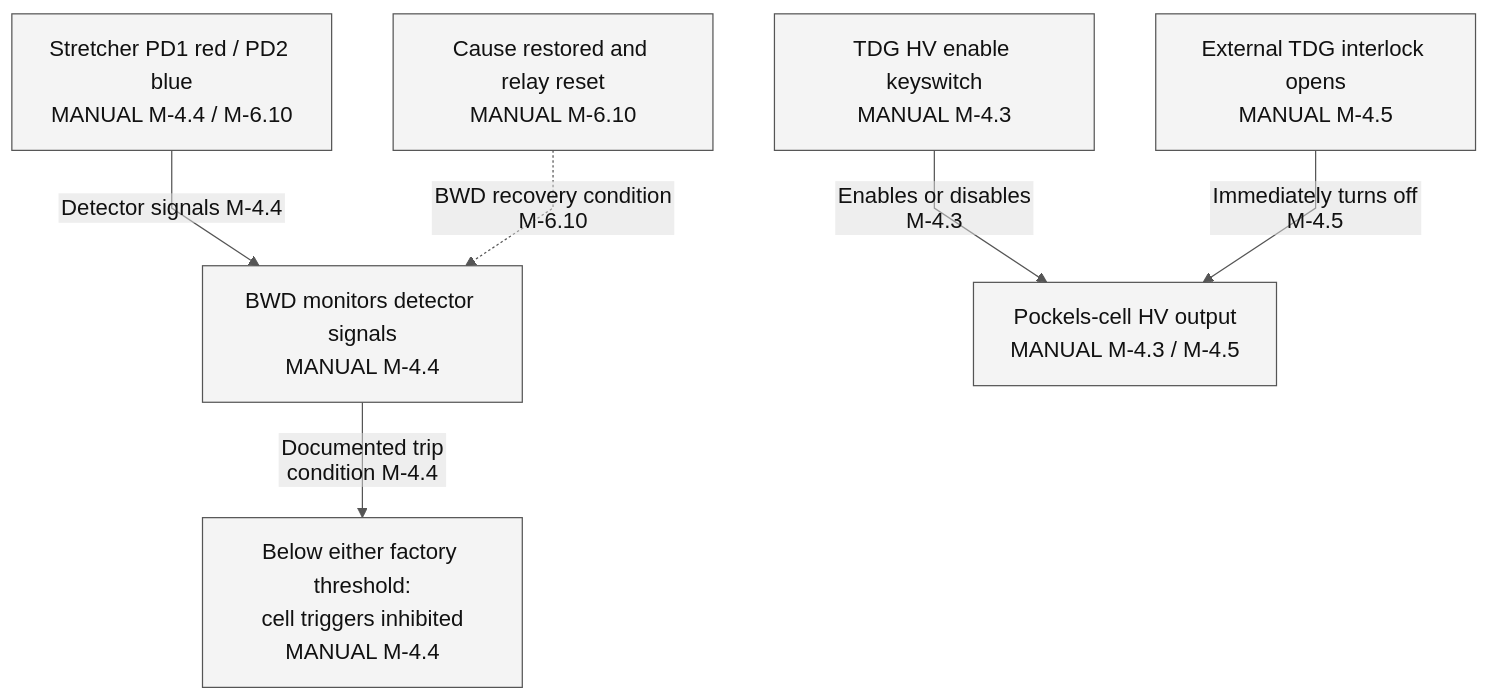
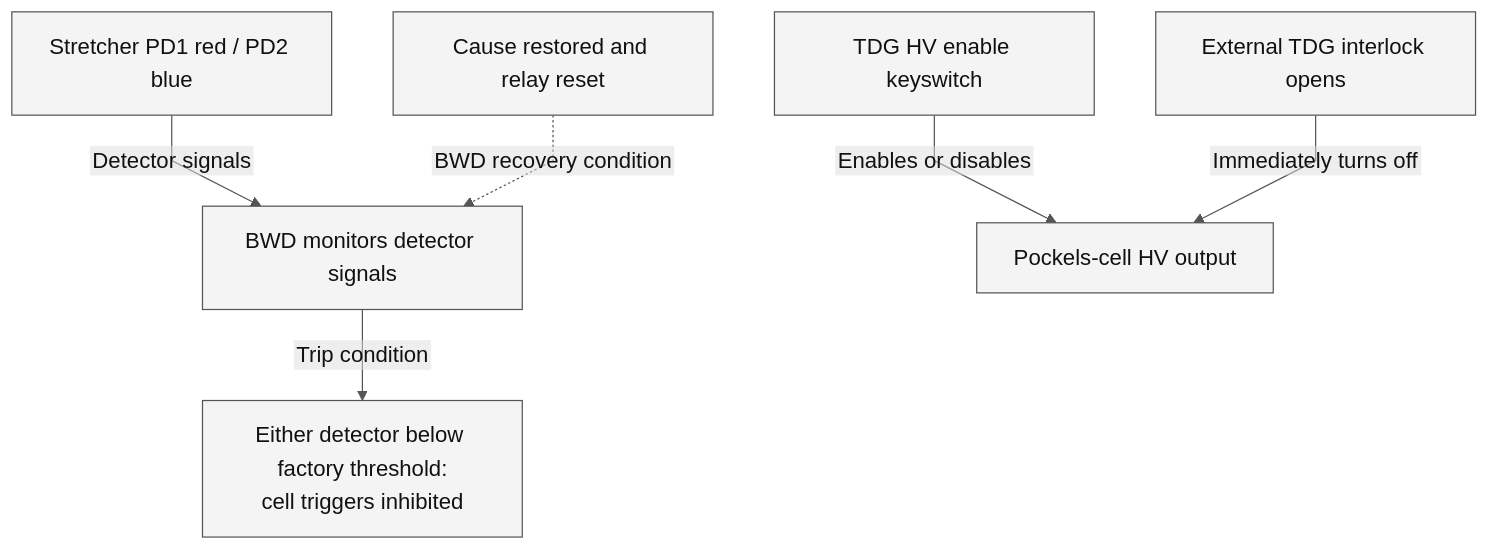
One commit to El-Carretero/PY_SPF changed the second of 2 diagrams in docs/spitfire_control_flow/02_signal_interlock.md. Above: the diagram before and after it, drawn with Mermaid. The commit also changed other lines of this file and 150 other files, not shown here.

Commit message:
docs: simplify control diagrams and publish matching Korean edition

````diff
--- a/docs/spitfire_control_flow/02_signal_interlock.md
+++ b/docs/spitfire_control_flow/02_signal_interlock.md
@@ -70,17 +70,17 @@
 ```mermaid
 %% caption: Figure 2B. Protection paths without an invented master gate
-%%{init: {"theme":"base","themeVariables":{"fontSize":"18px","fontFamily":"Arial","primaryColor":"#f4f4f4","primaryTextColor":"#111111","primaryBorderColor":"#555555","lineColor":"#555555","secondaryColor":"#dddddd","tertiaryColor":"#ffffff"},"flowchart":{"htmlLabels":false,"curve":"linear"}}}%%
+%%{init: {"theme":"base","themeVariables":{"fontSize":"18px","fontFamily":"URW Gothic","primaryColor":"#f4f4f4","primaryTextColor":"#111111","primaryBorderColor":"#555555","lineColor":"#555555","secondaryColor":"#dddddd","tertiaryColor":"#ffffff"},"flowchart":{"htmlLabels":false,"curve":"linear"}}}%%
 flowchart TB
-  PD["Stretcher PD1 red / PD2 blue\nMANUAL M-4.4 / M-6.10"]
-  BWD["BWD monitors detector signals\nMANUAL M-4.4"]
-  BLOCK["Below either factory threshold:\ncell triggers inhibited\nMANUAL M-4.4"]
-  RESET["Cause restored and relay reset\nMANUAL M-6.10"]
-  KEY["TDG HV enable keyswitch\nMANUAL M-4.3"]
-  EXT["External TDG interlock opens\nMANUAL M-4.5"]
-  HV["Pockels-cell HV output\nMANUAL M-4.3 / M-4.5"]
-  PD -->|"Detector signals M-4.4"| BWD
-  BWD -->|"Documented trip condition M-4.4"| BLOCK
-  RESET -.->|"BWD recovery condition M-6.10"| BWD
-  KEY -->|"Enables or disables M-4.3"| HV
-  EXT -->|"Immediately turns off M-4.5"| HV
+  PD["Stretcher PD1 red / PD2 blue"]
+  BWD["BWD monitors detector signals"]
+  BLOCK["Either detector below factory threshold:<br/>cell triggers inhibited"]
+  RESET["Cause restored and relay reset"]
+  KEY["TDG HV enable keyswitch"]
+  EXT["External TDG interlock opens"]
+  HV["Pockels-cell HV output"]
+  PD -->|"Detector signals"| BWD
+  BWD -->|"Trip condition"| BLOCK
+  RESET -.->|"BWD recovery condition"| BWD
+  KEY -->|"Enables or disables"| HV
+  EXT -->|"Immediately turns off"| HV
 ```
````
